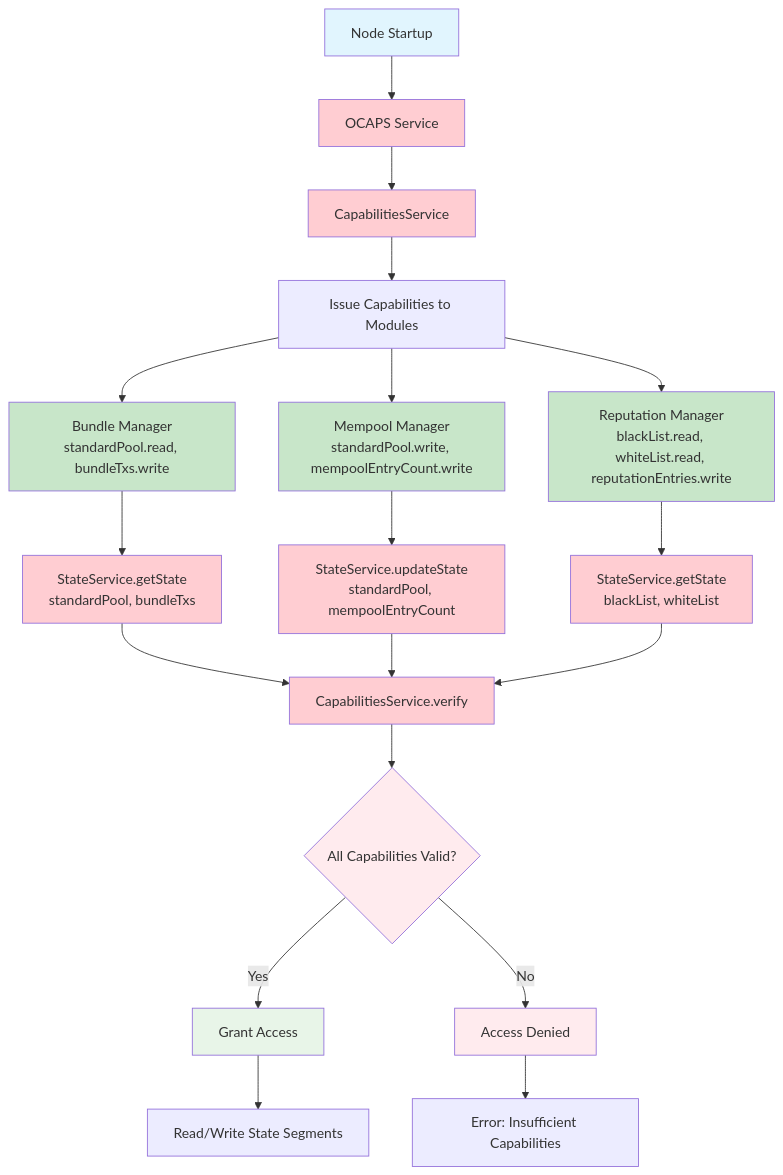
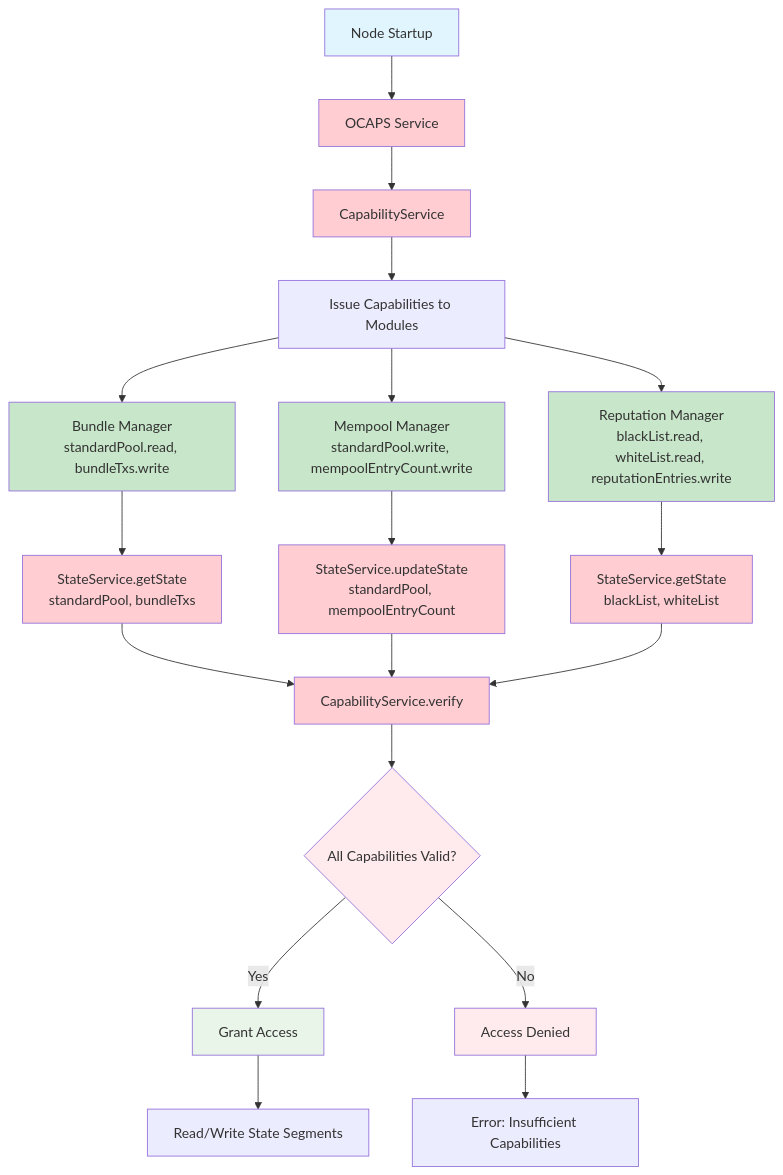
One commit to transeptorlabs/transeptor-bundler changed the diagram in docs/security/ocaps.md. Above: the diagram before and after it, drawn with Mermaid. The commit also changed other lines of this file and 24 other files, not shown here.

Commit message:
Update StateService to verify capability before allowing access to state object

````diff
--- a/docs/security/ocaps.md
+++ b/docs/security/ocaps.md
@@ -18,39 +18,39 @@
 ```mermaid
 graph TD
     A[Node Startup] --> B[OCAPS Service]
-    B --> C[CapabilitiesService]
+    B --> C[CapabilityService]
     C --> D[Issue Capabilities to Modules]
     
     D --> E[Bundle Manager<br/>standardPool.read, bundleTxs.write]
     D --> F[Mempool Manager<br/>standardPool.write, mempoolEntryCount.write]
     D --> G[Reputation Manager<br/>blackList.read, whiteList.read, reputationEntries.write]
     
     E --> H[StateService.getState<br/>standardPool, bundleTxs]
     F --> I[StateService.updateState<br/>standardPool, mempoolEntryCount]
     G --> J[StateService.getState<br/>blackList, whiteList]
     
-    H --> K[CapabilitiesService.verify]
+    H --> K[CapabilityService.verify]
     I --> K
     J --> K
     
     K --> L{All Capabilities Valid?}
     L -->|Yes| M[Grant Access]
     L -->|No| N[Access Denied]
     
     M --> O[Read/Write State Segments]
     N --> P[Error: Insufficient Capabilities]
     
     style A fill:#e1f5fe
     style B fill:#ffcdd2
     style C fill:#ffcdd2
     style H fill:#ffcdd2
     style I fill:#ffcdd2
     style J fill:#ffcdd2
     style K fill:#ffcdd2
     style E fill:#c8e6c9
     style F fill:#c8e6c9
     style G fill:#c8e6c9
     style L fill:#ffebee
     style M fill:#e8f5e8
     style N fill:#ffebee
 ```
````
